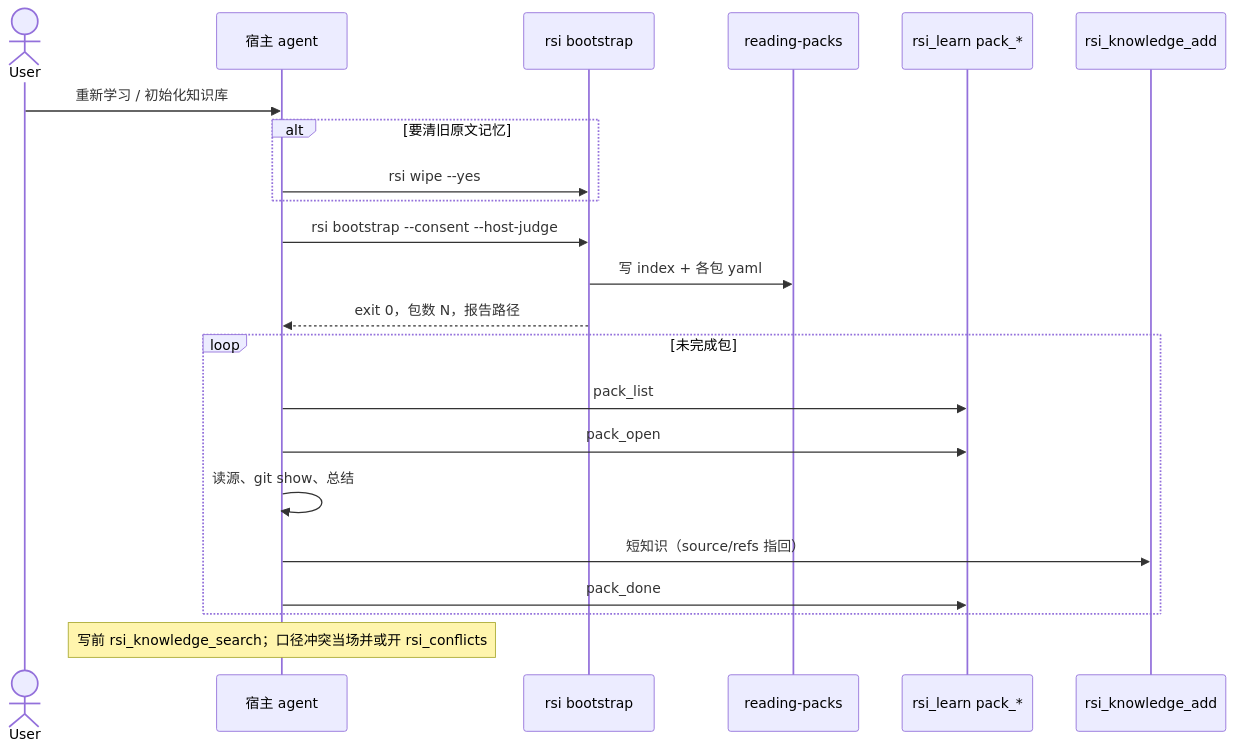
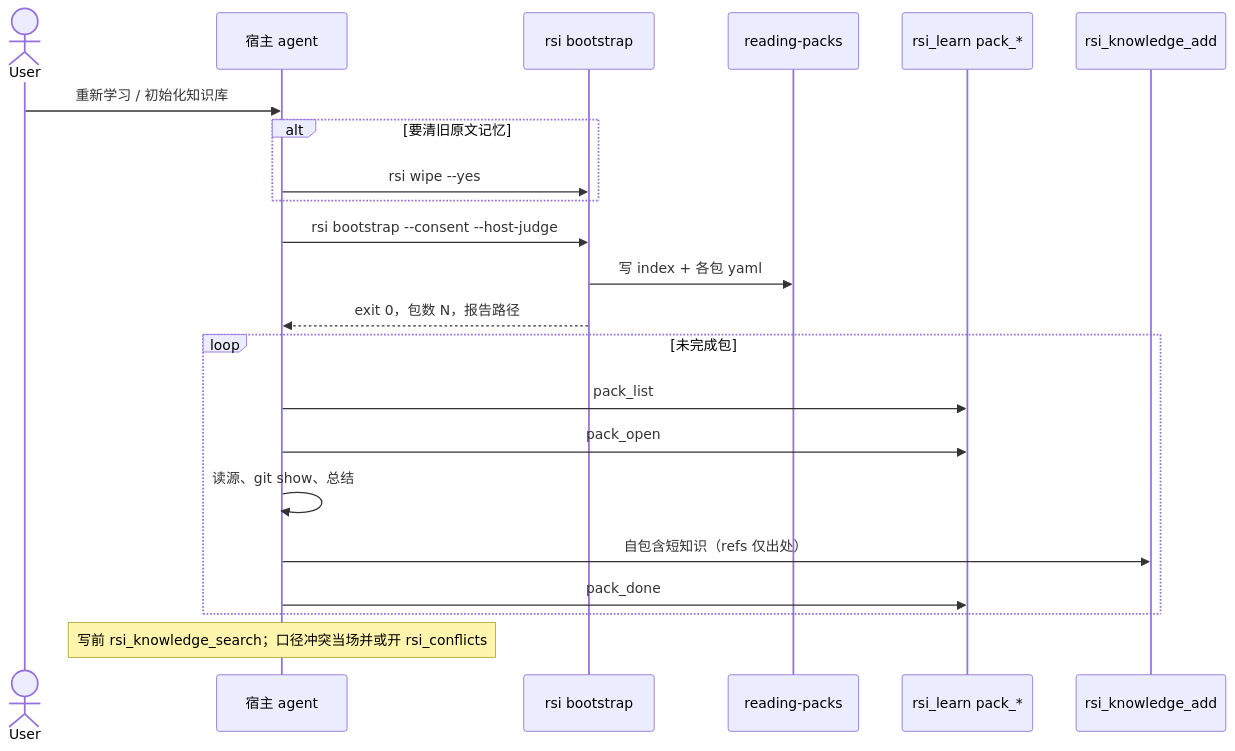
The second of 2 diagrams in docs/superpowers/specs/2026-09-14-host-distill-knowledge-design.md (Apollo-lwx/rsi-boot), drawn with Mermaid before and after one commit. The commit also changed other lines of this file, not shown here.

Commit message:
docs: keep distilled knowledge self-contained, refs as provenance only

````diff
--- a/docs/superpowers/specs/2026-09-14-host-distill-knowledge-design.md
+++ b/docs/superpowers/specs/2026-09-14-host-distill-knowledge-design.md
@@ -102,25 +102,25 @@
 ```mermaid
 sequenceDiagram
     actor User
     participant Agent as 宿主 agent
     participant Boot as rsi bootstrap
     participant Pack as reading-packs
     participant Learn as rsi_learn pack_*
     participant Know as rsi_knowledge_add
 
     User->>Agent: 重新学习 / 初始化知识库
     alt 要清旧原文记忆
         Agent->>Boot: rsi wipe --yes
     end
     Agent->>Boot: rsi bootstrap --consent --host-judge
     Boot->>Pack: 写 index + 各包 yaml
     Boot-->>Agent: exit 0，包数 N，报告路径
     loop 未完成包
         Agent->>Learn: pack_list
         Agent->>Learn: pack_open
         Agent->>Agent: 读源、git show、总结
-        Agent->>Know: 短知识（source/refs 指回）
+        Agent->>Know: 自包含短知识（refs 仅出处）
         Agent->>Learn: pack_done
     end
     Note over Agent: 写前 rsi_knowledge_search；口径冲突当场并或开 rsi_conflicts
 ```
````
